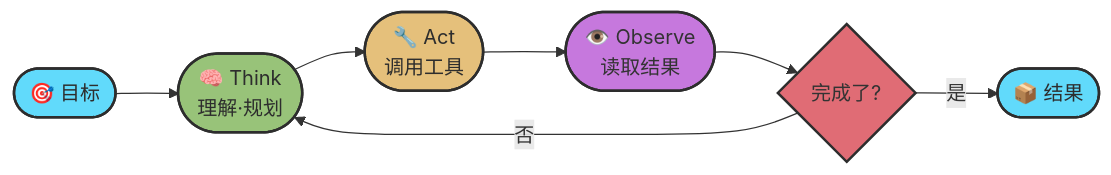
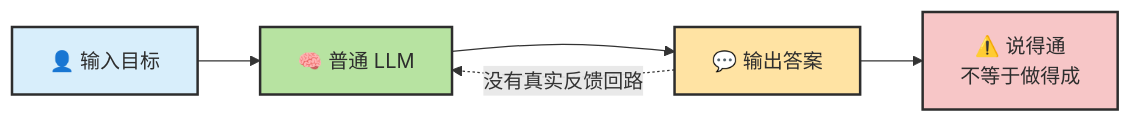
One commit to zht043/AgenticCodingTutorial changed the third of 11 diagrams in docs/chapters/ch02-concepts.md. Above: the diagram before and after it, drawn with Mermaid. The commit also changed other lines of this file and 69 other files, not shown here.

Commit message:
optimize docs and add mermaid validation

````diff
--- a/docs/chapters/ch02-concepts.md
+++ b/docs/chapters/ch02-concepts.md
@@ -84,15 +119,11 @@
 ```mermaid
 flowchart LR
-    classDef startEnd fill:#61dafb,stroke:#2d2d2d,stroke-width:2px,color:#2d2d2d
-    classDef think fill:#98c379,stroke:#2d2d2d,stroke-width:2px,color:#2d2d2d
-    classDef act fill:#e5c07b,stroke:#2d2d2d,stroke-width:2px,color:#2d2d2d
-    classDef observe fill:#c678dd,stroke:#2d2d2d,stroke-width:2px
-    classDef decision fill:#e06c75,stroke:#2d2d2d,stroke-width:2px
+    classDef user fill:#d8eefb,stroke:#2d2d2d,stroke-width:2px,color:#2d2d2d
+    classDef model fill:#b7e3a1,stroke:#2d2d2d,stroke-width:2px,color:#2d2d2d
+    classDef env fill:#ffe3a3,stroke:#2d2d2d,stroke-width:2px,color:#2d2d2d
+    classDef gap fill:#f7c6c7,stroke:#2d2d2d,stroke-width:2px,color:#2d2d2d
 
-    G(["🎯 目标"]):::startEnd --> TH(["🧠 Think<br/>理解·规划"]):::think
-    TH --> AC(["🔧 Act<br/>调用工具"]):::act
-    AC --> OB(["👁️ Observe<br/>读取结果"]):::observe
-    OB --> DE{完成了?}:::decision
-    DE -->|"否"| TH
-    DE -->|"是"| RS(["📦 结果"]):::startEnd
+    U["👤 输入目标"]:::user --> L["🧠 普通 LLM"]:::model --> O["💬 输出答案"]:::env
+    O -.没有真实反馈回路.-> L
+    O --> G["⚠️ 说得通<br/>不等于做得成"]:::gap
 ```
````
